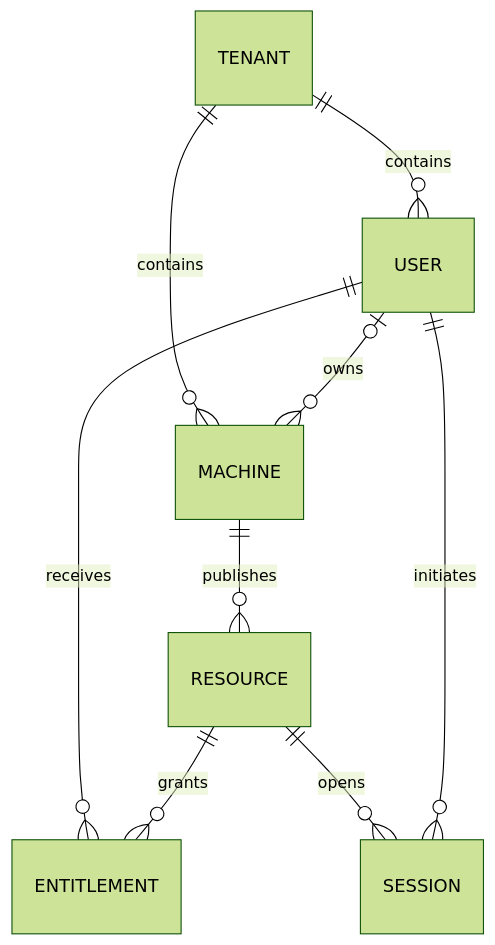
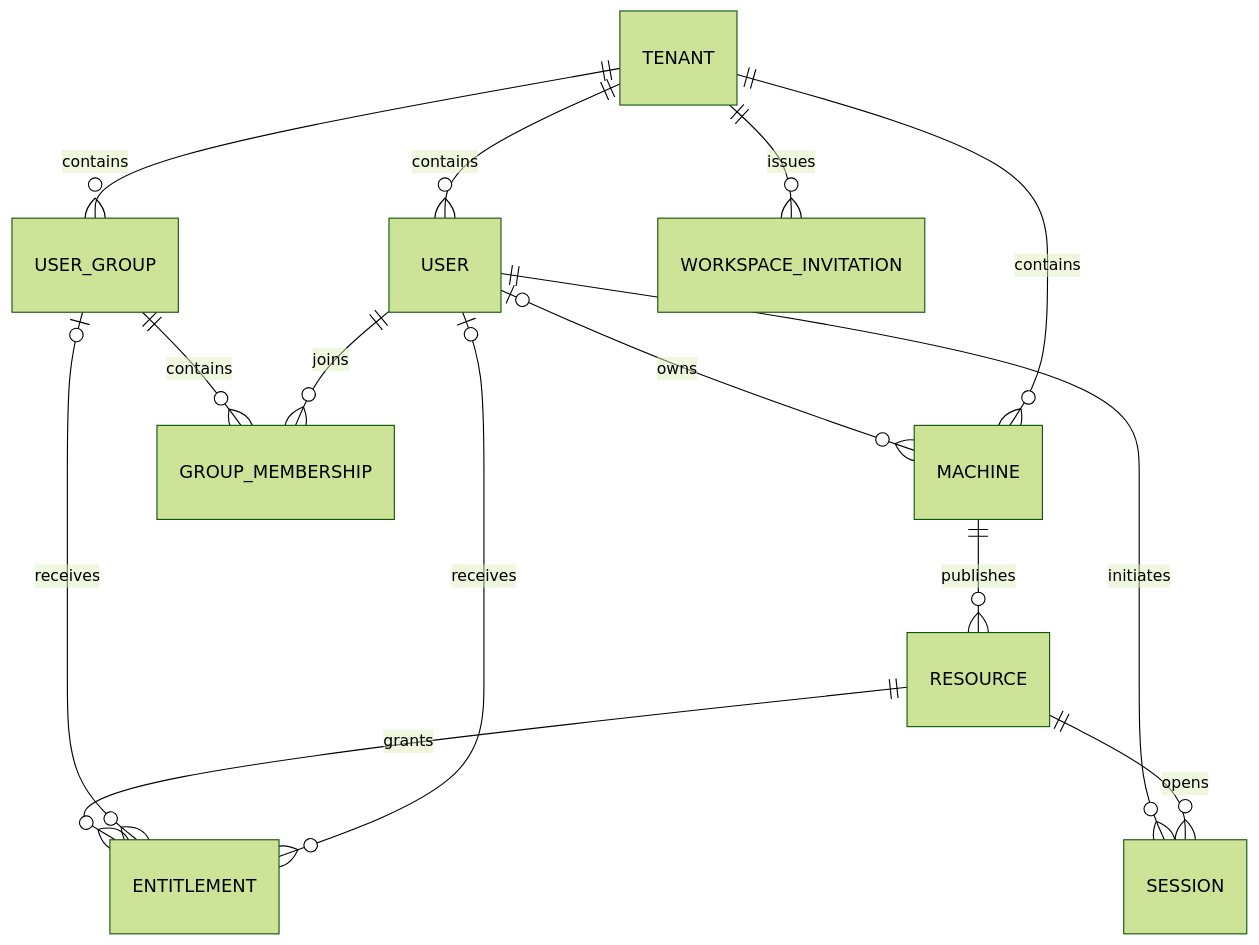
Before and after one commit to zongyangbigpolo/NebulaDesk: the fifth of 5 diagrams in docs/architecture/PRODUCT_ARCHITECTURE.md, drawn with Mermaid (forest theme). The commit also changed other lines of this file and 43 other files, not shown here.

````diff
--- a/docs/architecture/PRODUCT_ARCHITECTURE.md
+++ b/docs/architecture/PRODUCT_ARCHITECTURE.md
@@ -217,11 +234,16 @@
 ```mermaid
 erDiagram
   TENANT ||--o{ USER : contains
   TENANT ||--o{ MACHINE : contains
+  TENANT ||--o{ USER_GROUP : contains
+  TENANT ||--o{ WORKSPACE_INVITATION : issues
+  USER ||--o{ GROUP_MEMBERSHIP : joins
+  USER_GROUP ||--o{ GROUP_MEMBERSHIP : contains
   USER o|--o{ MACHINE : owns
   MACHINE ||--o{ RESOURCE : publishes
-  USER ||--o{ ENTITLEMENT : receives
+  USER o|--o{ ENTITLEMENT : receives
+  USER_GROUP o|--o{ ENTITLEMENT : receives
   RESOURCE ||--o{ ENTITLEMENT : grants
   RESOURCE ||--o{ SESSION : opens
   USER ||--o{ SESSION : initiates
 ```
````
